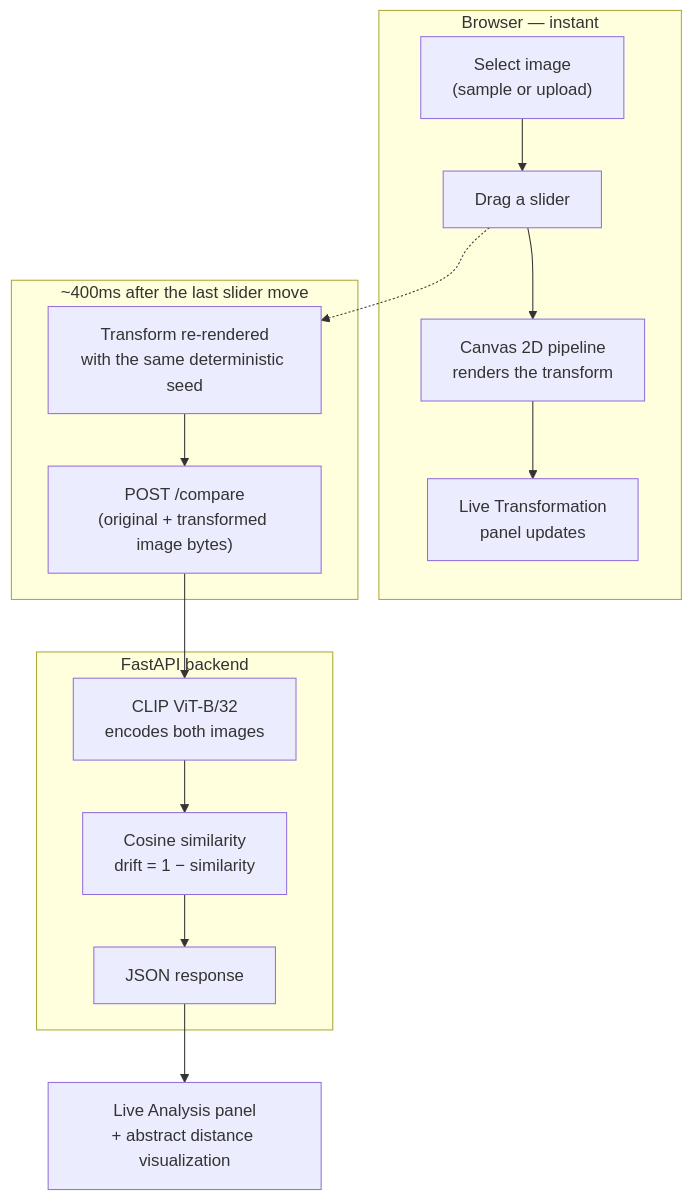
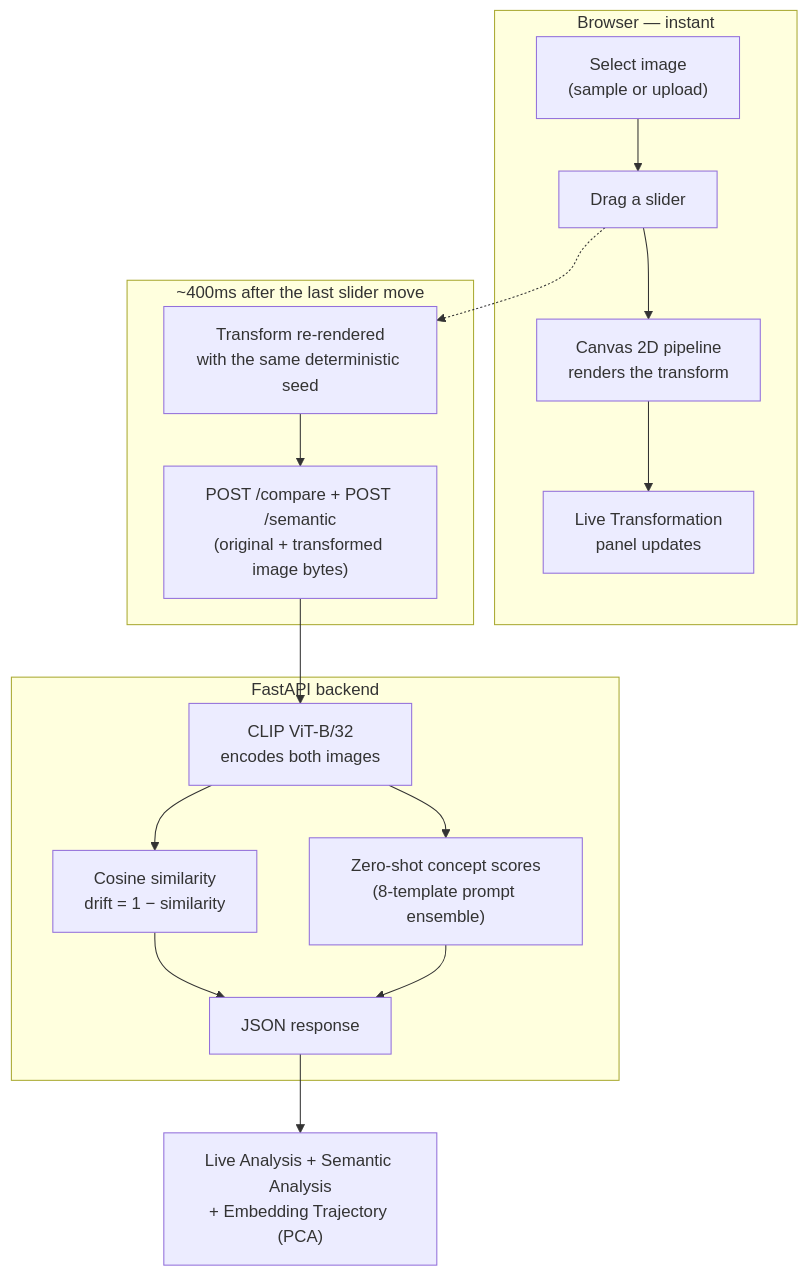
The diagram in README.md (Vrinda072/prism), drawn with Mermaid before and after one commit. The commit also changed other lines of this file and 13 other files, not shown here.

````diff
--- a/README.md
+++ b/README.md
@@ -49,21 +69,23 @@
 ```mermaid
 flowchart TD
     subgraph Browser["Browser — instant"]
         A["Select image<br/>(sample or upload)"] --> B["Drag a slider"]
         B --> C["Canvas 2D pipeline<br/>renders the transform"]
         C --> D["Live Transformation<br/>panel updates"]
     end
 
     subgraph Debounced["~400ms after the last slider move"]
         B -.-> E["Transform re-rendered<br/>with the same deterministic seed"]
-        E --> F["POST /compare<br/>(original + transformed image bytes)"]
+        E --> F["POST /compare + POST /semantic<br/>(original + transformed image bytes)"]
     end
 
     subgraph Backend["FastAPI backend"]
         F --> G["CLIP ViT-B/32<br/>encodes both images"]
         G --> H["Cosine similarity<br/>drift = 1 − similarity"]
+        G --> K["Zero-shot concept scores<br/>(8-template prompt ensemble)"]
         H --> I["JSON response"]
+        K --> I
     end
 
-    I --> J["Live Analysis panel<br/>+ abstract distance visualization"]
+    I --> J["Live Analysis + Semantic Analysis<br/>+ Embedding Trajectory (PCA)"]
 ```
````
